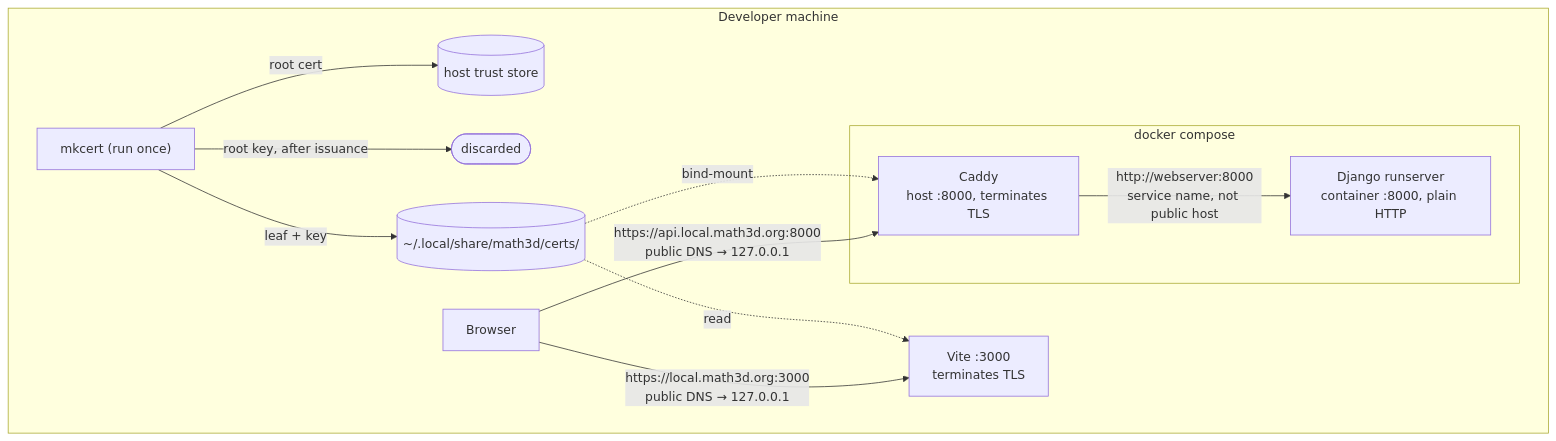
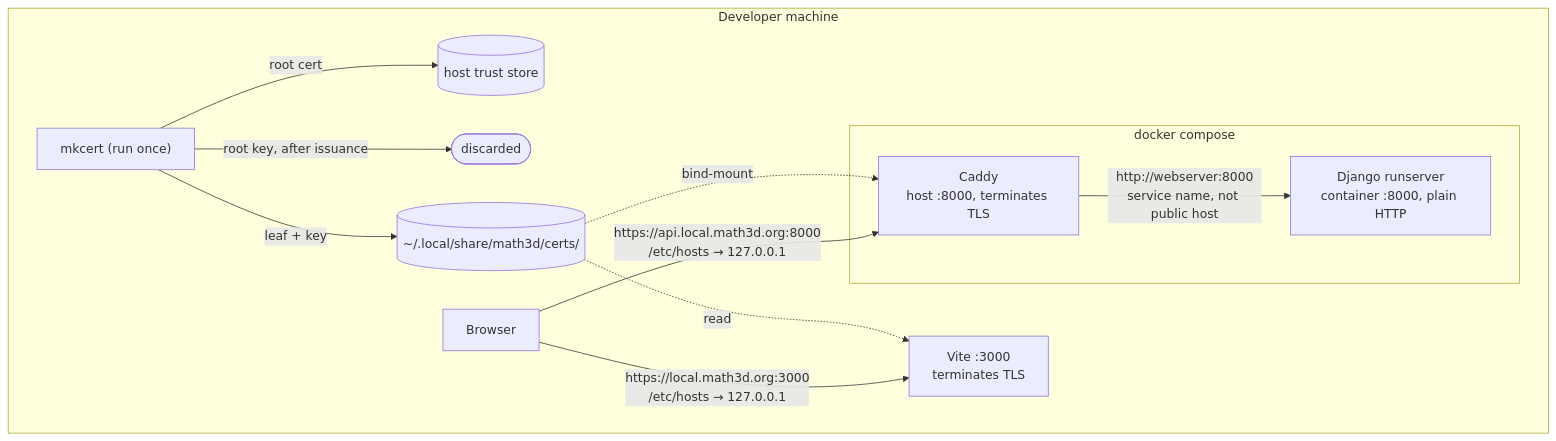
One commit to ChristopherChudzicki/math3d-next changed the diagram in docs/adr/0005-local-https-dev-environment.md. Above: the diagram before and after it, drawn with Mermaid. The commit also changed other lines of this file and 1 other file, not shown here.

First line of the commit message:
docs(adr): accept ADR-0005, local HTTPS development environment

````diff
--- a/docs/adr/0005-local-https-dev-environment.md
+++ b/docs/adr/0005-local-https-dev-environment.md
@@ -59,24 +37,24 @@
 ```mermaid
 flowchart TB
     subgraph host["Developer machine"]
         mkcert["mkcert (run once)"]
         store[("host trust store")]
         gone(["discarded"])
         certs[("~/.local/share/math3d/certs/")]
         browser["Browser"]
         vite["Vite :3000<br/>terminates TLS"]
         subgraph compose["docker compose"]
             caddy["Caddy<br/>host :8000, terminates TLS"]
             django["Django runserver<br/>container :8000, plain HTTP"]
         end
     end
 
     mkcert -->|"root cert"| store
     mkcert -->|"root key, after issuance"| gone
     mkcert -->|"leaf + key"| certs
     certs -.->|read| vite
     certs -.->|bind-mount| caddy
-    browser -->|"https://local.math3d.org:3000<br/>public DNS → 127.0.0.1"| vite
-    browser -->|"https://api.local.math3d.org:8000<br/>public DNS → 127.0.0.1"| caddy
+    browser -->|"https://local.math3d.org:3000<br/>/etc/hosts → 127.0.0.1"| vite
+    browser -->|"https://api.local.math3d.org:8000<br/>/etc/hosts → 127.0.0.1"| caddy
     caddy -->|"http://webserver:8000<br/>service name, not public host"| django
 ```
````
